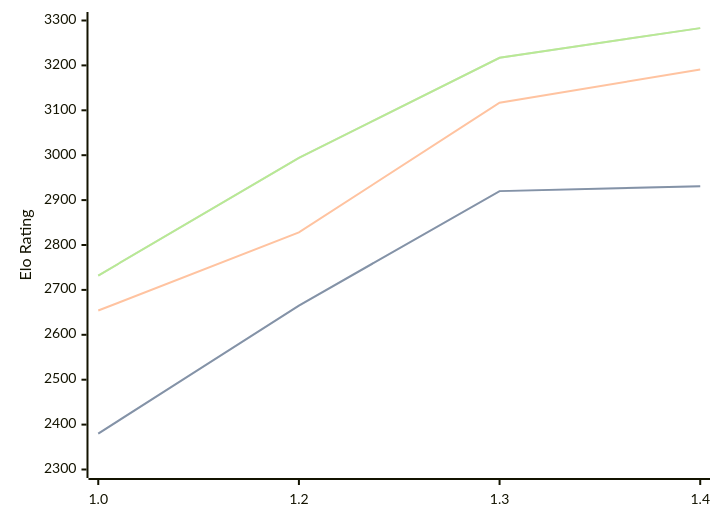
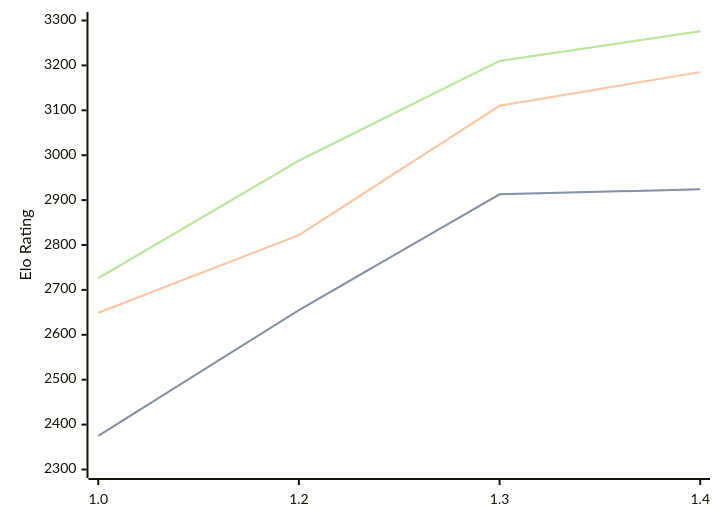
The diagram in engines/Chessnix.md (computer-chess-index/cci), drawn with Mermaid before and after one commit. The commit also changed other lines of this file, not shown here.

Commit message:
Update CCI Ratings (ELO VLTC) - 2026-05-18

````diff
--- a/engines/Chessnix.md
+++ b/engines/Chessnix.md
@@ -36,11 +36,11 @@
 ```mermaid
 %%{init: {"theme":"base","themeVariables":{"seriesColors:['#a3a3a3','#222221','#faa371']}}}%%
 xychart-beta
   x-axis ["1.0", "1.2", "1.3", "1.4"]
   y-axis "Elo Rating" 2300 --> 3300
-  line "STC (8.0+0.08s)" [2380, 2665, 2920, 2931]
-  line "STC (8.0+0.08s)" [2380, 2665, 2920, 2931]
-  line "LTC (60.0+0.60s)" [2654, 2828, 3117, 3191]
-  line "VLTC (2m24s+1.12s)" [2732, 2994, 3217, 3283]
-  line "VLTC (2m24s+1.12s)" [2732, 2994, 3217, 3283]
+  line "STC (8.0+0.08s)" [2375, 2655, 2913, 2924]
+  line "STC (8.0+0.08s)" [2375, 2655, 2913, 2924]
+  line "LTC (60.0+0.60s)" [2649, 2822, 3110, 3185]
+  line "VLTC (2m24s+1.12s)" [2726, 2988, 3210, 3276]
+  line "VLTC (2m24s+1.12s)" [2726, 2988, 3210, 3276]
 ```
````
